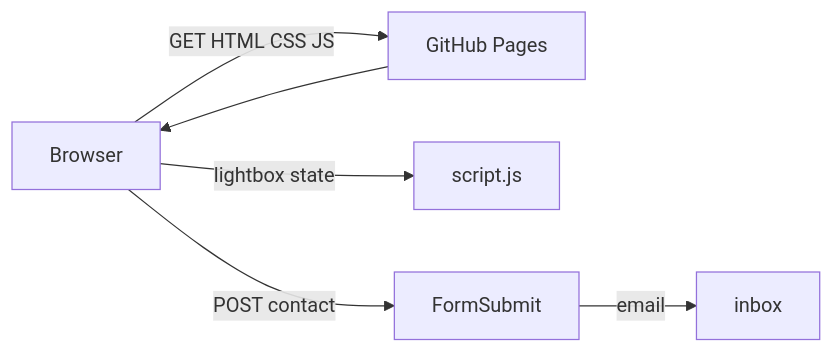
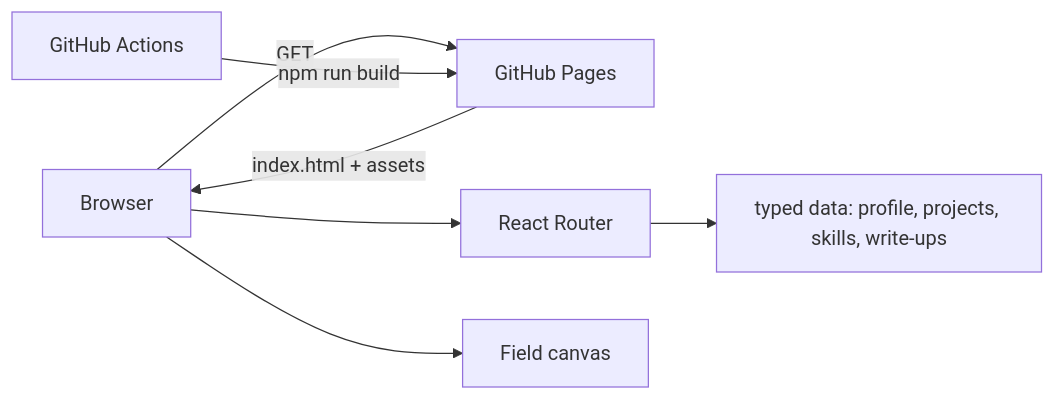
Before and after one commit to code-by-panashe-sanyanga/PS-PORTFOLIO: the diagram in README.md, drawn with Mermaid. The commit also changed other lines of this file and 76 other files, not shown here.

````diff
--- a/README.md
+++ b/README.md
@@ -26,8 +35,9 @@
 ```mermaid
 flowchart LR
-  Browser -->|GET HTML CSS JS| Pages[GitHub Pages]
-  Pages --> Browser
-  Browser -->|lightbox state| Script[script.js]
-  Browser -->|POST contact| FormSubmit
-  FormSubmit -->|email| Inbox[inbox]
+  Browser -->|GET| Pages[GitHub Pages]
+  Pages -->|index.html + assets| Browser
+  Browser --> Router[React Router]
+  Router --> Data[typed data: profile, projects, skills, write-ups]
+  Browser --> Field[Field canvas]
+  Actions[GitHub Actions] -->|npm run build| Pages
 ```
````
